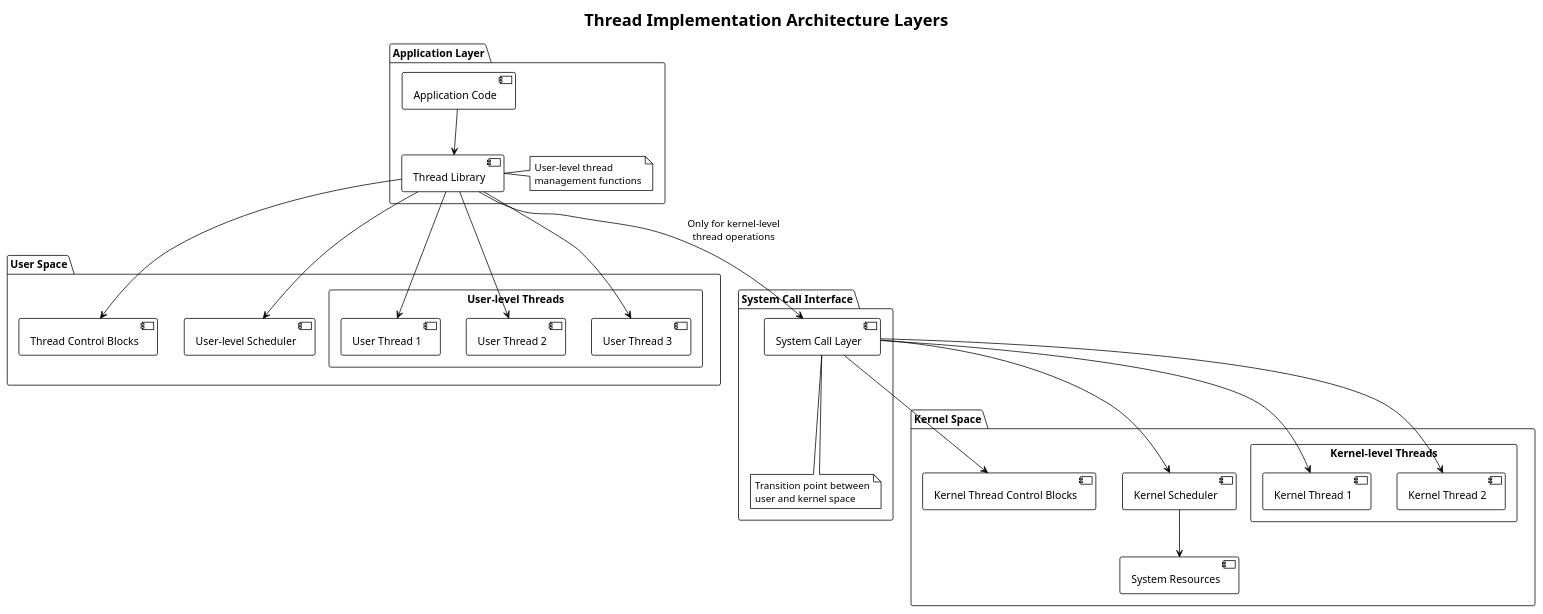
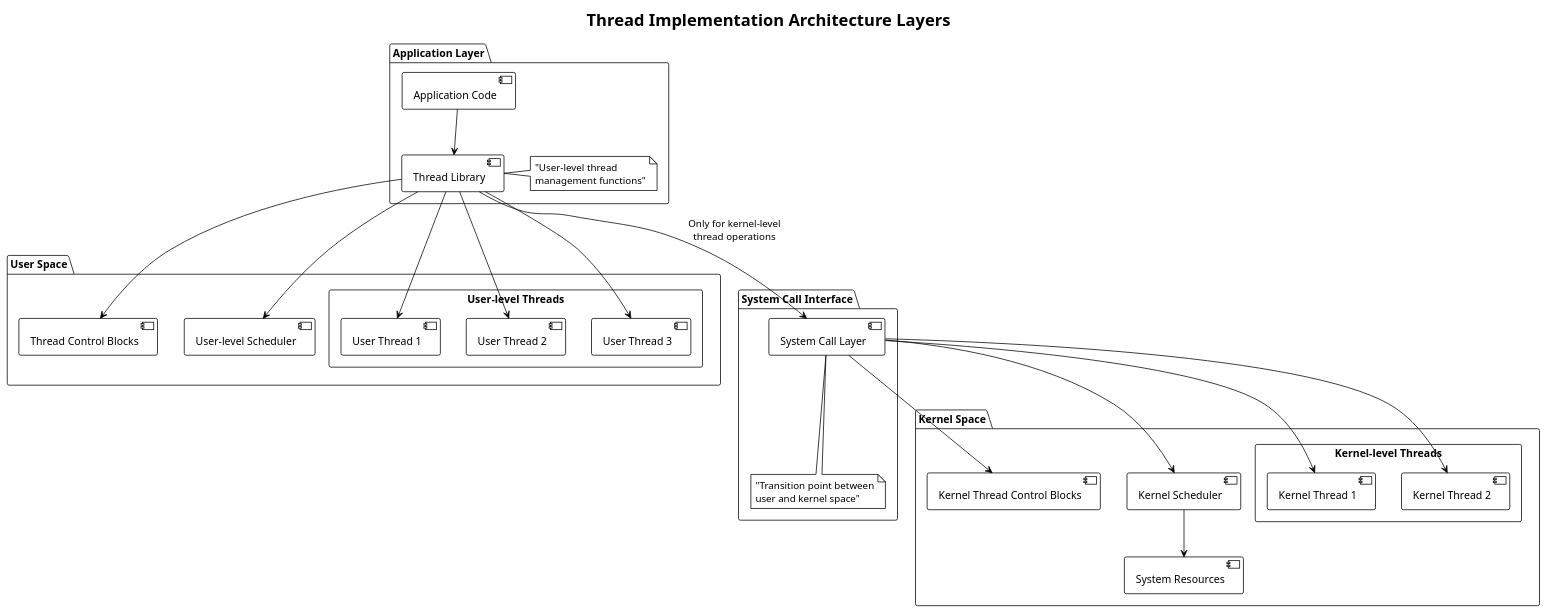
Before and after one commit to mohitmishra786/myJourneyOfBuildingOS: the first of 7 diagrams in Ch-5-Thread-Management/User-level-vs-Kernel-level-Threads.md, drawn with PlantUML. The commit also changed other lines of this file and 3 other files, not shown here.

````diff
--- a/Ch-5-Thread-Management/User-level-vs-Kernel-level-Threads.md
+++ b/Ch-5-Thread-Management/User-level-vs-Kernel-level-Threads.md
@@ -13,55 +13,55 @@
 ```plantuml
 @startuml
 !theme plain
-title Thread Implementation Architecture Layers
+title "Thread Implementation Architecture Layers"
 
 package "Application Layer" {
-  [Application Code] as app
-  [Thread Library] as lib
-  note right of lib : User-level thread\nmanagement functions
+  component [Application Code] as app
+  component [Thread Library] as lib
+  note right of lib : "User-level thread\nmanagement functions"
 }
 
 package "User Space" {
   rectangle "User-level Threads" {
-    [User Thread 1] as ut1
-    [User Thread 2] as ut2
-    [User Thread 3] as ut3
+    component [User Thread 1] as ut1
+    component [User Thread 2] as ut2
+    component [User Thread 3] as ut3
   }
   
-  [Thread Control Blocks] as tcb_user
-  [User-level Scheduler] as sched_user
+  component [Thread Control Blocks] as tcb_user
+  component [User-level Scheduler] as sched_user
 }
 
 package "System Call Interface" {
-  [System Call Layer] as syscall
-  note bottom of syscall : Transition point between\nuser and kernel space
+  component [System Call Layer] as syscall
+  note bottom of syscall : "Transition point between\nuser and kernel space"
 }
 
 package "Kernel Space" {
   rectangle "Kernel-level Threads" {
-    [Kernel Thread 1] as kt1
-    [Kernel Thread 2] as kt2
+    component [Kernel Thread 1] as kt1
+    component [Kernel Thread 2] as kt2
   }
   
-  [Kernel Thread Control Blocks] as tcb_kernel
-  [Kernel Scheduler] as sched_kernel
-  [System Resources] as resources
+  component [Kernel Thread Control Blocks] as tcb_kernel
+  component [Kernel Scheduler] as sched_kernel
+  component [System Resources] as resources
 }
 
 app --> lib
 lib --> ut1
 lib --> ut2
 lib --> ut3
 lib --> tcb_user
 lib --> sched_user
 
-lib --> syscall : Only for kernel-level\nthread operations
+lib --> syscall : "Only for kernel-level\nthread operations"
 
 syscall --> kt1
 syscall --> kt2
 syscall --> tcb_kernel
 syscall --> sched_kernel
 
 sched_kernel --> resources
 @enduml
 ```
````
